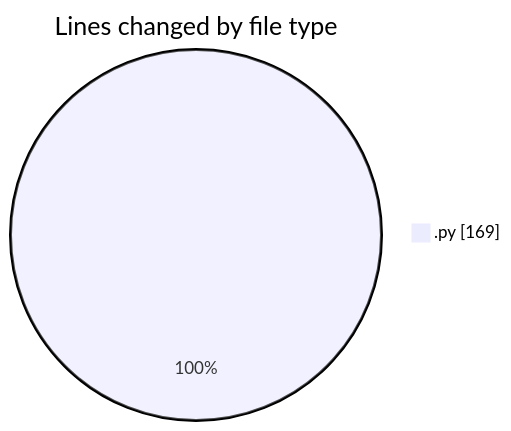
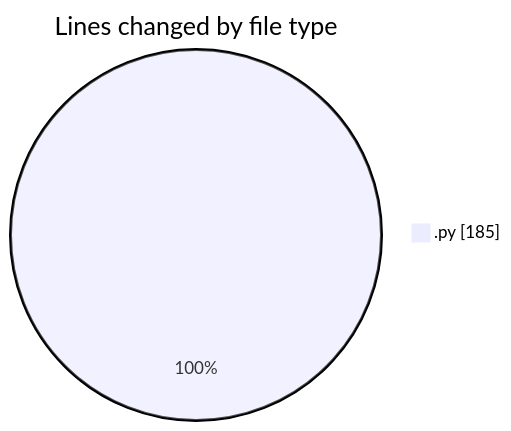
Before and after one commit to momahboobian/code-tracking: the first of 2 diagrams in 2025-05-07/samplepdf/README.md, drawn with Mermaid. The commit also changed other lines of this file and 1 other file, not shown here.

````diff
--- a/2025-05-07/samplepdf/README.md
+++ b/2025-05-07/samplepdf/README.md
@@ -23,5 +23,5 @@
 ```mermaid
 pie showData
 title Lines changed by file type
-".py" : 169
+".py" : 185
 ```
````
